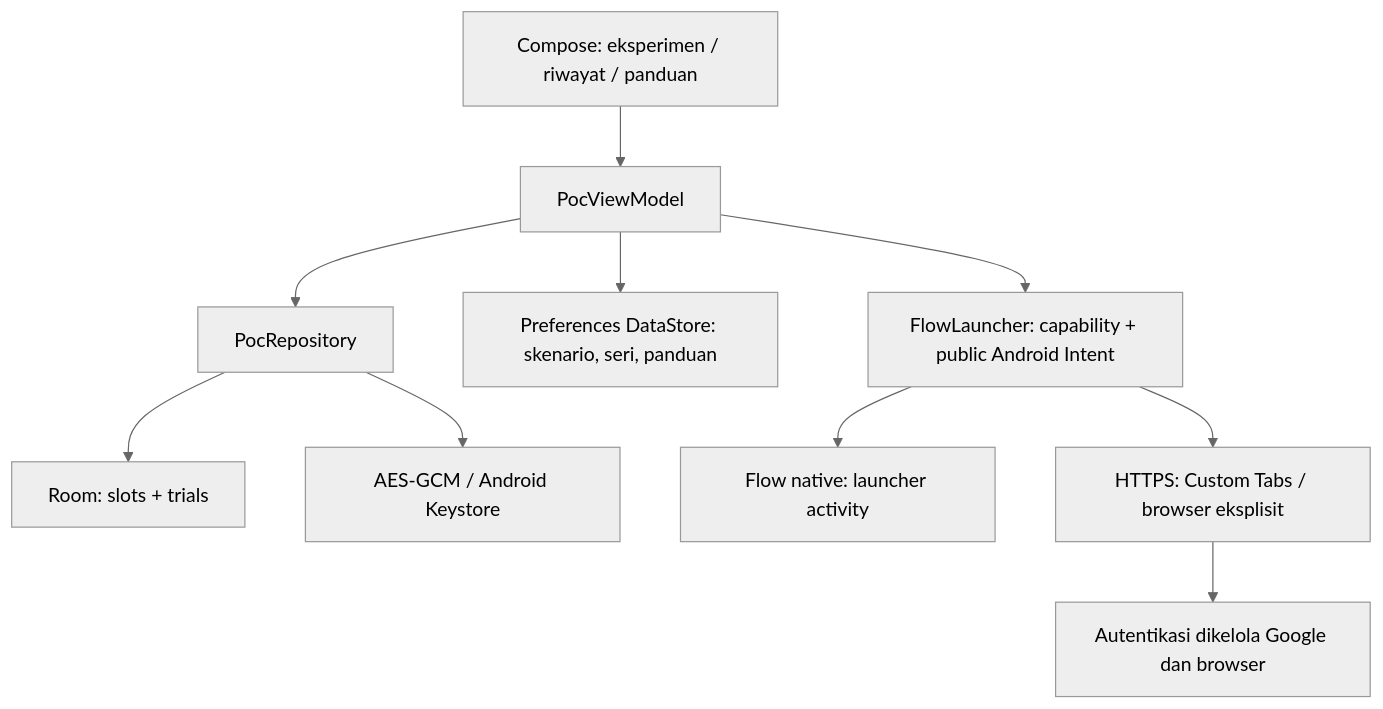
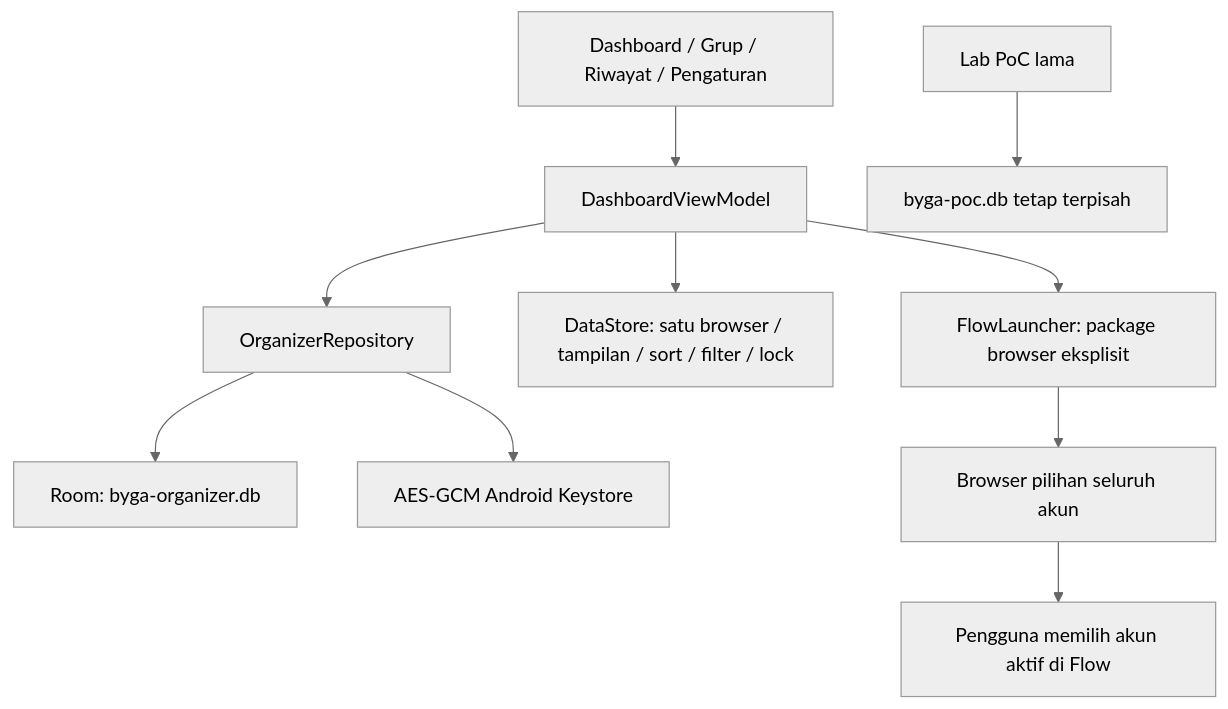
One commit to harvey-moeid/injectbyga changed the diagram in docs/architecture.md. Above: the diagram before and after it, drawn with Mermaid (neutral theme). The commit also changed other lines of this file and 42 other files, not shown here.

Commit message:
Build single-browser account organizer with explicit manual Flow switching

````diff
--- a/docs/architecture.md
+++ b/docs/architecture.md
@@ -5,12 +5,12 @@
 ```mermaid
 flowchart TD
-    UI[Compose: eksperimen / riwayat / panduan] --> VM[PocViewModel]
-    VM --> Repository[PocRepository]
-    Repository --> DB[Room: slots + trials]
-    Repository --> Crypto[AES-GCM / Android Keystore]
-    VM --> Preferences[Preferences DataStore: skenario, seri, panduan]
-    VM --> Launcher[FlowLauncher: capability + public Android Intent]
-    Launcher --> Native[Flow native: launcher activity]
-    Launcher --> Browser[HTTPS: Custom Tabs / browser eksplisit]
-    Browser --> Google[Autentikasi dikelola Google dan browser]
+    UI[Dashboard / Grup / Riwayat / Pengaturan] --> VM[DashboardViewModel]
+    VM --> Repo[OrganizerRepository]
+    Repo --> DB[Room: byga-organizer.db]
+    Repo --> Crypto[AES-GCM Android Keystore]
+    VM --> Prefs[DataStore: satu browser / tampilan / sort / filter / lock]
+    VM --> Launcher[FlowLauncher: package browser eksplisit]
+    Launcher --> Browser[Browser pilihan seluruh akun]
+    Browser --> Manual[Pengguna memilih akun aktif di Flow]
+    Lab[Lab PoC lama] --> Old[byga-poc.db tetap terpisah]
 ```
````
